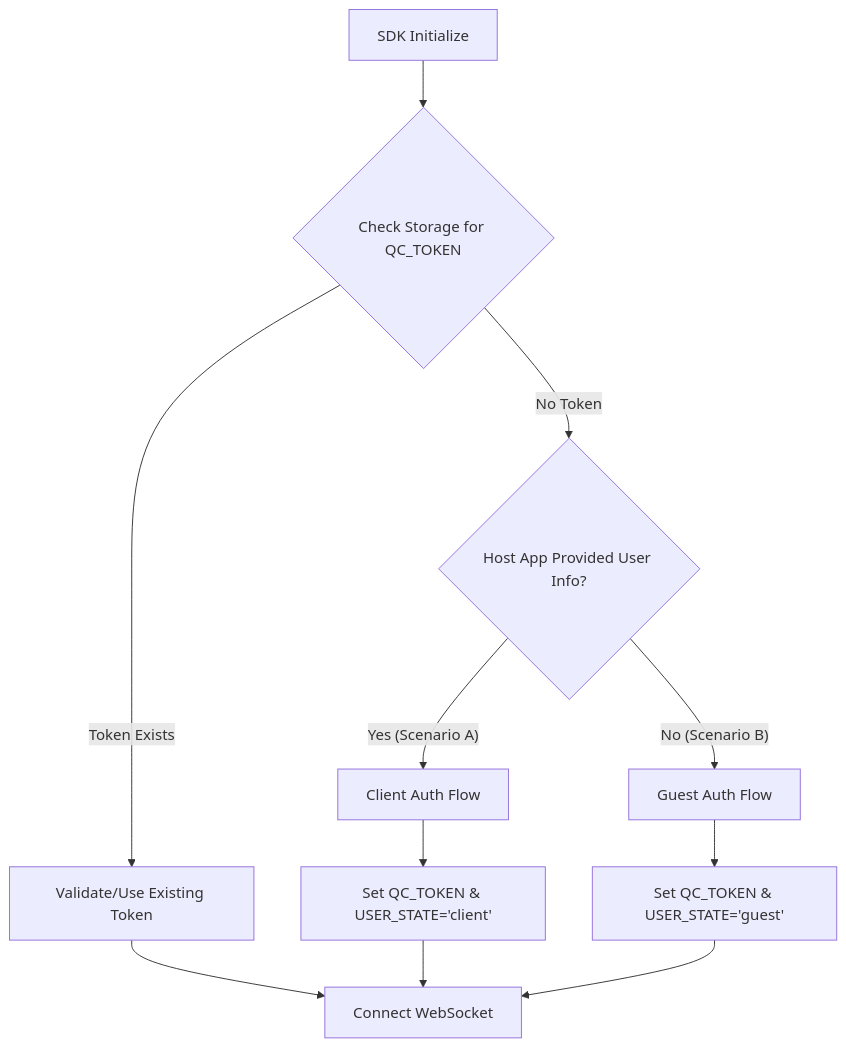
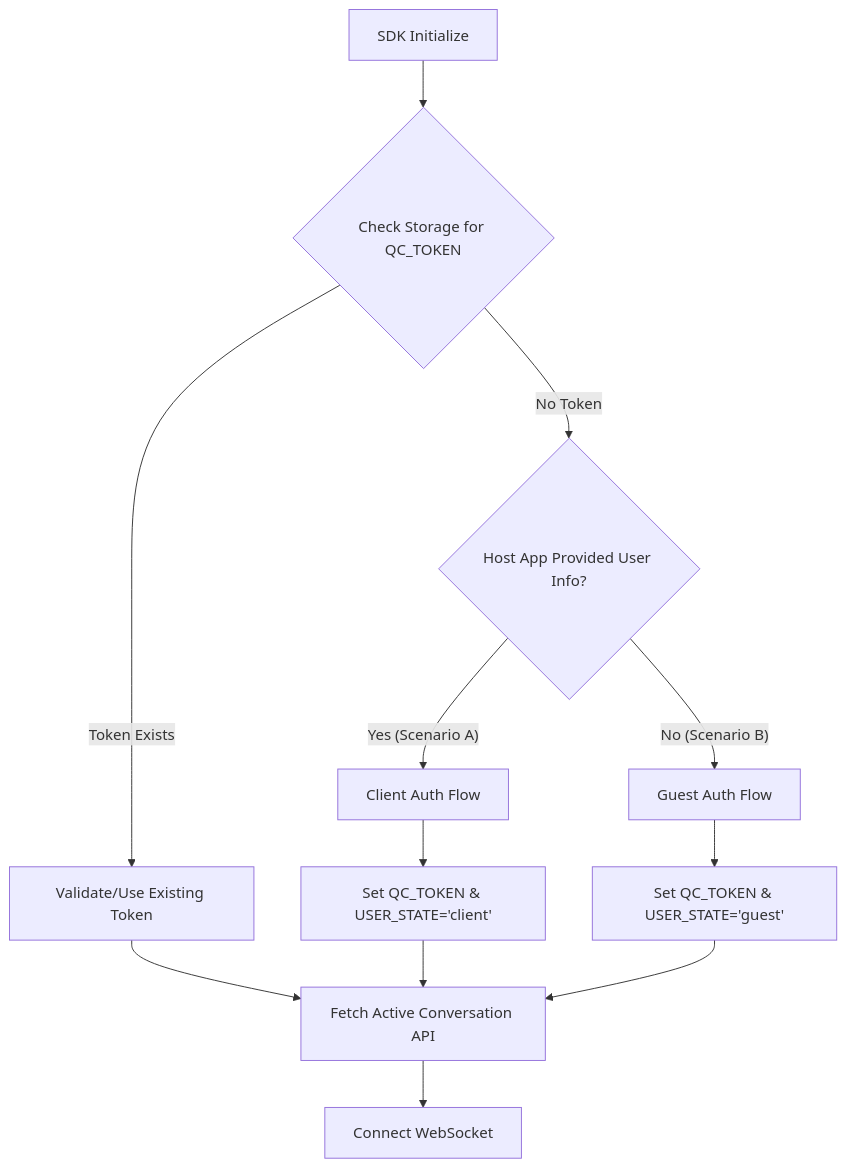
One commit to syntaxfa/quick-connect changed the diagram in sdk/chat/README.md. Above: the diagram before and after it, drawn with Mermaid. The commit also changed other lines of this file and 10 other files, not shown here.

`````diff
--- a/sdk/chat/README.md
+++ b/sdk/chat/README.md
@@ -27,16 +30,19 @@
 ```mermaid
 graph TD
     A[SDK Initialize] --> B{Check Storage for QC_TOKEN}
     B -- Token Exists --> C[Validate/Use Existing Token]
-    C --> D[Connect WebSocket]
 
     B -- No Token --> E{Host App Provided User Info?}
 
     E -- Yes (Scenario A) --> F[Client Auth Flow]
     F --> G[Set QC_TOKEN & USER_STATE='client']
-    G --> D
 
     E -- No (Scenario B) --> H[Guest Auth Flow]
     H --> I[Set QC_TOKEN & USER_STATE='guest']
-    I --> D
-```
+
+    C --> J[Fetch Active Conversation API]
+    G --> J
+    I --> J
+
+    J --> K[Connect WebSocket]
+````
`````
